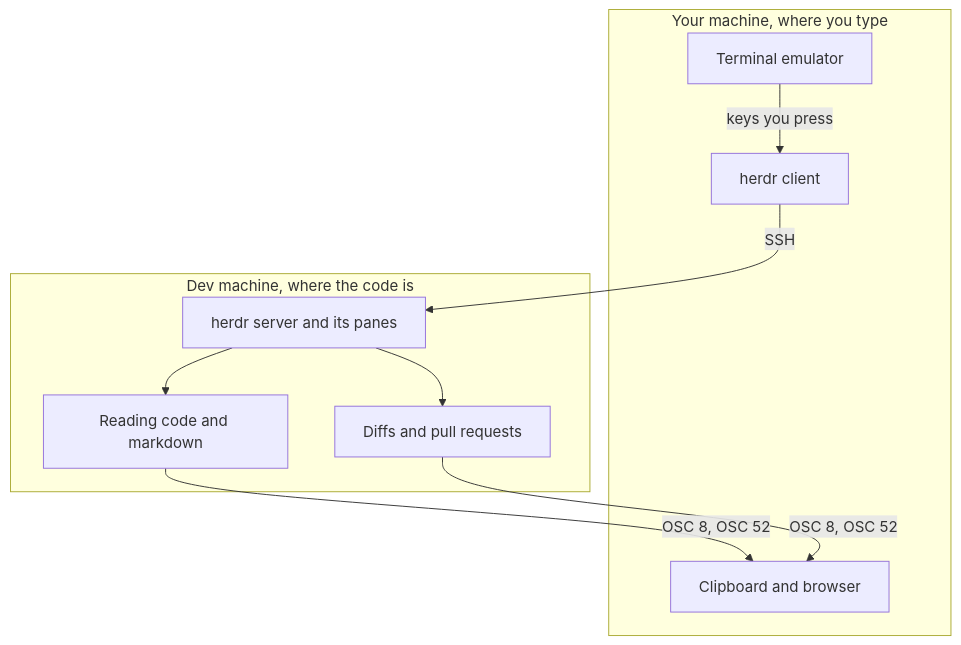
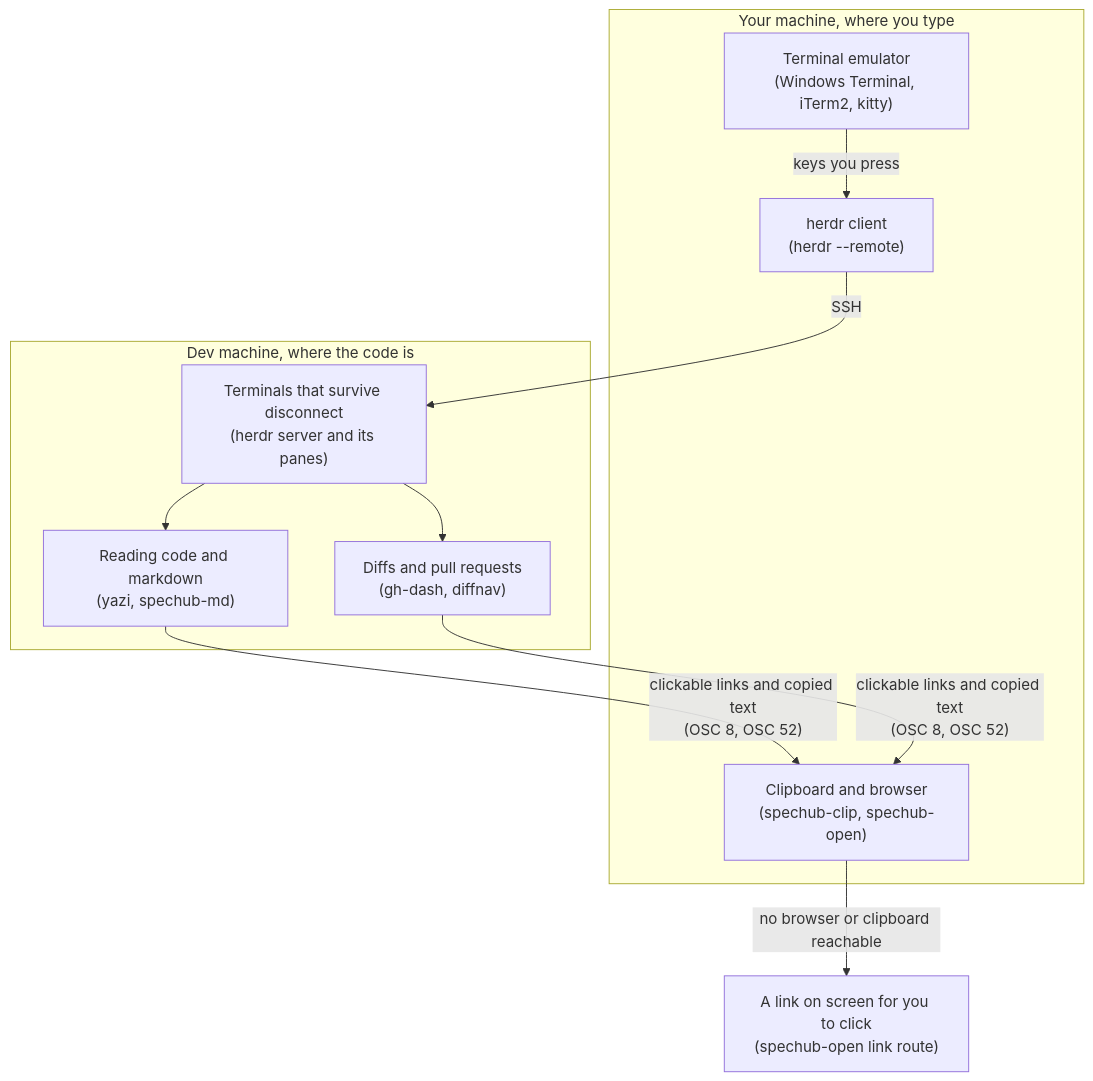
The diagram in docs/terminal-workspace.md (ac8318740/spechub), drawn with Mermaid before and after one commit. The commit also changed other lines of this file and 15 other files, not shown here.

````diff
--- a/docs/terminal-workspace.md
+++ b/docs/terminal-workspace.md
@@ -9,19 +9,20 @@
 ```mermaid
 flowchart TD
     subgraph yours["Your machine, where you type"]
-        EM["Terminal emulator"]
-        CL["herdr client"]
-        OUT["Clipboard and browser"]
+        EM["Terminal emulator<br/>(Windows Terminal, iTerm2, kitty)"]
+        CL["herdr client<br/>(herdr --remote)"]
+        OUT["Clipboard and browser<br/>(spechub-clip, spechub-open)"]
     end
     subgraph dev["Dev machine, where the code is"]
-        SRV["herdr server and its panes"]
-        RD["Reading code and markdown"]
-        PR["Diffs and pull requests"]
+        SRV["Terminals that survive disconnect<br/>(herdr server and its panes)"]
+        RD["Reading code and markdown<br/>(yazi, spechub-md)"]
+        PR["Diffs and pull requests<br/>(gh-dash, diffnav)"]
     end
     EM -->|"keys you press"| CL
     CL -->|"SSH"| SRV
     SRV --> RD
     SRV --> PR
-    RD -->|"OSC 8, OSC 52"| OUT
-    PR -->|"OSC 8, OSC 52"| OUT
+    RD -->|"clickable links and copied text<br/>(OSC 8, OSC 52)"| OUT
+    PR -->|"clickable links and copied text<br/>(OSC 8, OSC 52)"| OUT
+    OUT -->|"no browser or clipboard reachable"| FB["A link on screen for you to click<br/>(spechub-open link route)"]
 ```
````
